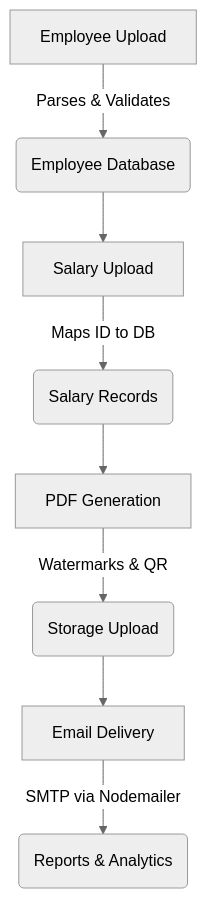
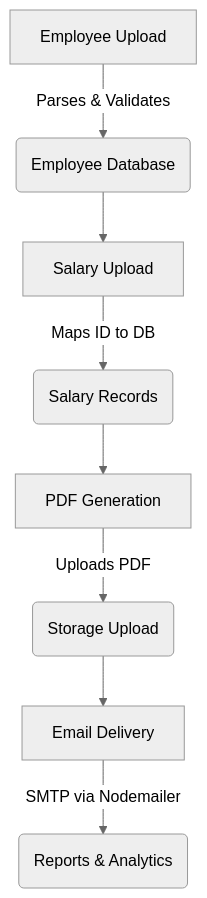
One commit to ANZAL12/Salary-Slip-System changed the diagram in README.md. Above: the diagram before and after it, drawn with Mermaid (neutral theme). The commit also changed other lines of this file, not shown here.

Commit message:
docs: remove watermark and QR code references from README project features and flowchart

````diff
--- a/README.md
+++ b/README.md
@@ -149,10 +147,10 @@
 ```mermaid
 graph TD;
     A[Employee Upload] -->|Parses & Validates| B(Employee Database);
     B --> C[Salary Upload];
     C -->|Maps ID to DB| D(Salary Records);
     D --> E[PDF Generation];
-    E -->|Watermarks & QR| F(Storage Upload);
+    E -->|Uploads PDF| F(Storage Upload);
     F --> G[Email Delivery];
     G -->|SMTP via Nodemailer| H(Reports & Analytics);
 ```
````
